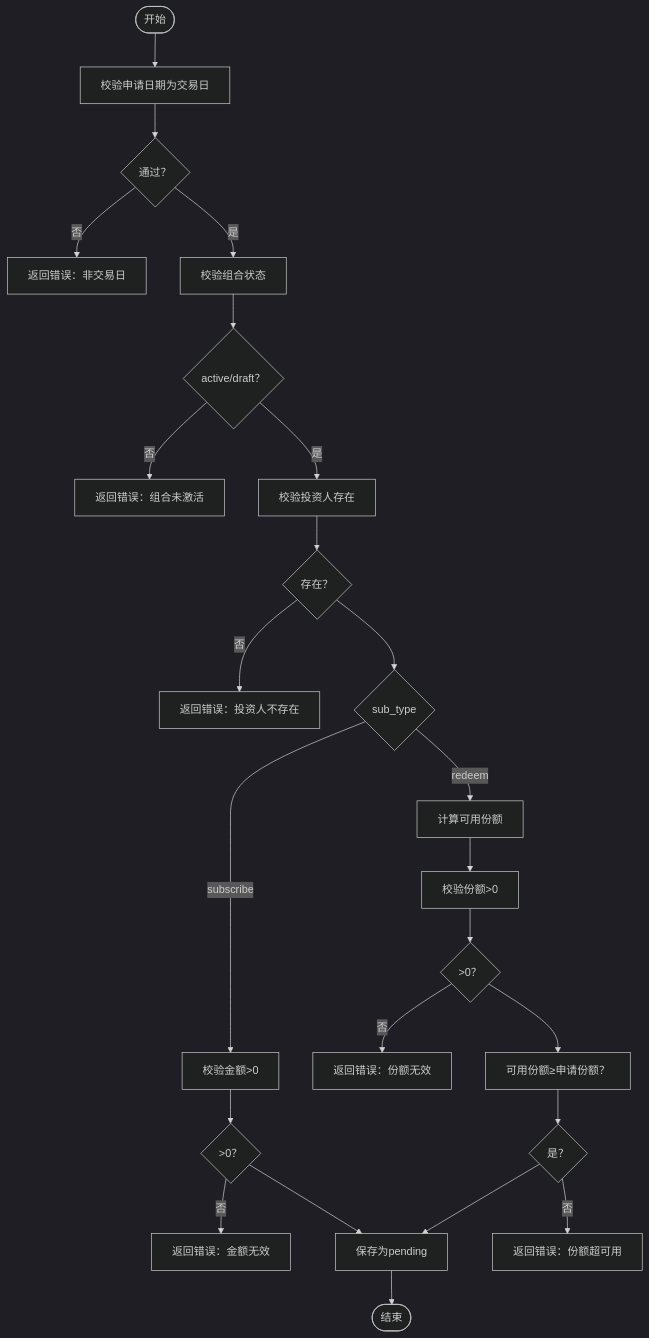
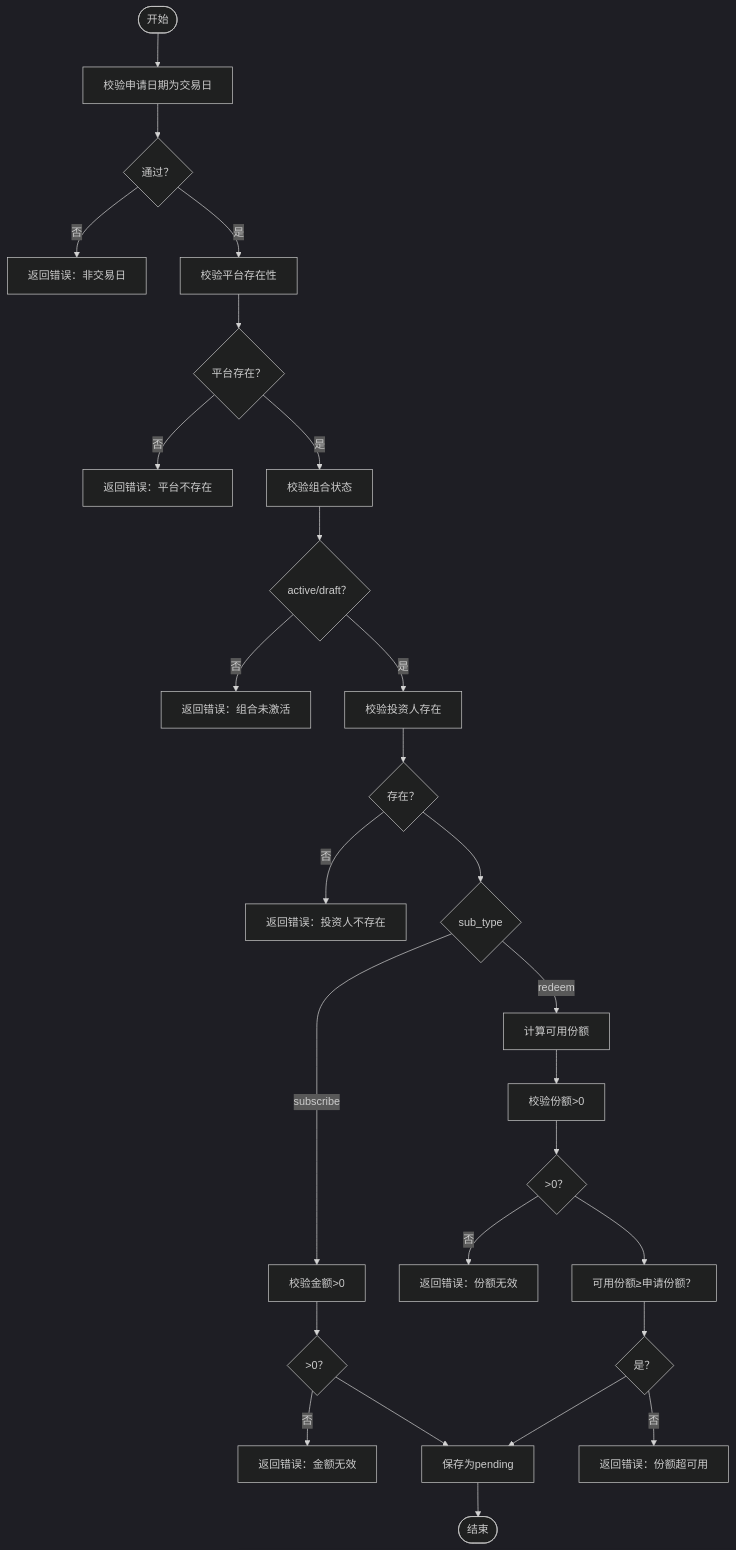
The fourth of 8 diagrams in .qoder/repowiki/zh/content/后端API文档/申购赎回API.md (gujialind/InvestRing), drawn with Mermaid (dark theme) before and after one commit. The commit also changed other lines of this file and 42 other files, not shown here.

````diff
--- a/.qoder/repowiki/zh/content/后端API文档/申购赎回API.md
+++ b/.qoder/repowiki/zh/content/后端API文档/申购赎回API.md
@@ -226,26 +256,29 @@
 ```mermaid
 flowchart TD
 Start(["开始"]) --> CheckApplyDate["校验申请日期为交易日"]
 CheckApplyDate --> ApplyDateOK{"通过？"}
 ApplyDateOK --> |否| Err1["返回错误：非交易日"]
-ApplyDateOK --> |是| CheckPortfolio["校验组合状态"]
+ApplyDateOK --> |是| CheckPlatform["校验平台存在性"]
+CheckPlatform --> PlatformOK{"平台存在？"}
+PlatformOK --> |否| ErrP["返回错误：平台不存在"]
+PlatformOK --> |是| CheckPortfolio["校验组合状态"]
 CheckPortfolio --> PortfolioOK{"active/draft？"}
 PortfolioOK --> |否| Err2["返回错误：组合未激活"]
 PortfolioOK --> |是| CheckInvestor["校验投资人存在"]
 CheckInvestor --> InvestorOK{"存在？"}
 InvestorOK --> |否| Err3["返回错误：投资人不存在"]
 InvestorOK --> SubType{"sub_type"}
 SubType --> |subscribe| CheckAmount["校验金额>0"]
 SubType --> |redeem| CalcAvailable["计算可用份额"]
 CheckAmount --> AmountOK{">0？"}
 AmountOK --> |否| Err4["返回错误：金额无效"]
 AmountOK --> SavePending["保存为pending"]
 CalcAvailable --> CheckShares["校验份额>0"]
 CheckShares --> SharesOK{">0？"}
 SharesOK --> |否| Err5["返回错误：份额无效"]
 SharesOK --> CheckAvail["可用份额≥申请份额？"]
 CheckAvail --> AvailOK{"是？"}
 AvailOK --> |否| Err6["返回错误：份额超可用"]
 AvailOK --> SavePending
 SavePending --> End(["结束"])
 ```
````
